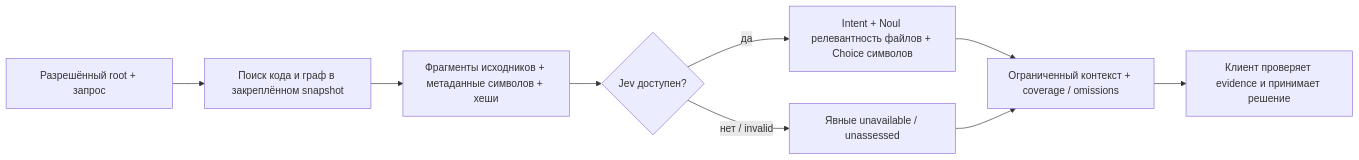
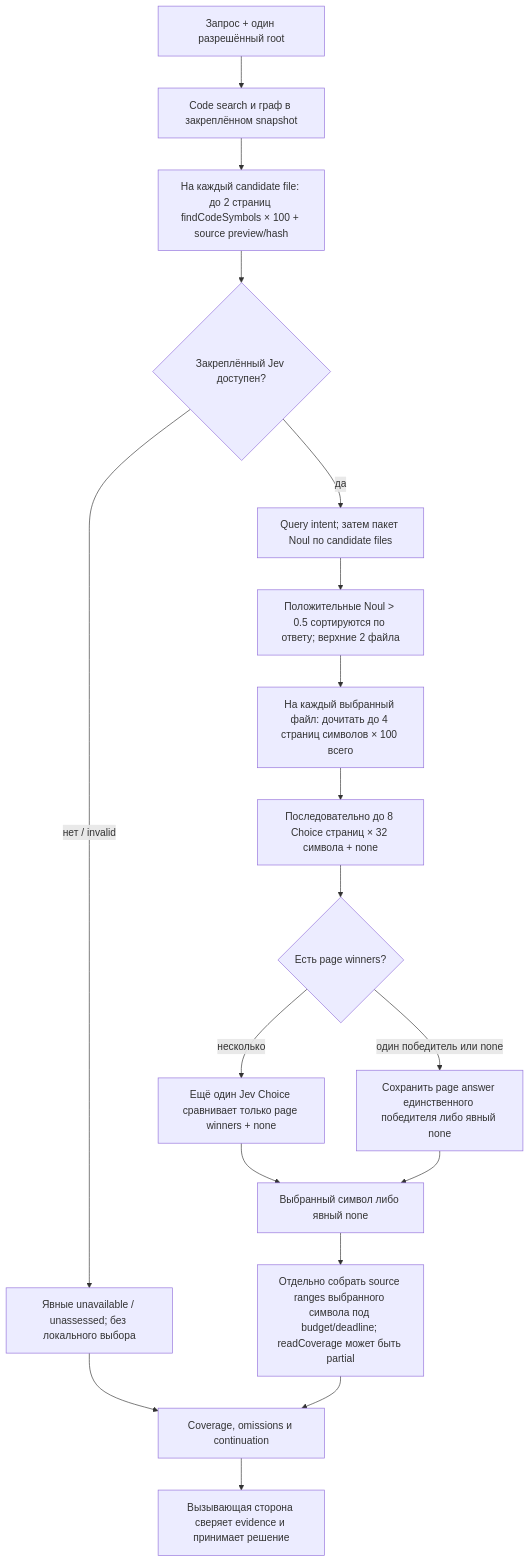
One commit to zoomplus/zorya-search changed the fourth of 4 diagrams in src/context/README.md. Above: the diagram before and after it, drawn with Mermaid. The commit also changed other lines of this file and 2 other files, not shown here.

Commit message:
docs: explain bounded Jev symbol pages and continuations

````diff
--- a/src/context/README.md
+++ b/src/context/README.md
@@ -68,11 +68,20 @@
 ```mermaid
-flowchart LR
- ra["Разрешённый root + запрос"] --> rb["Поиск кода и граф в закреплённом snapshot"]
- rb --> rc["Фрагменты исходников + метаданные символов + хеши"]
- rc --> rd{"Jev доступен?"}
- rd -->|"да"| re["Intent + Noul релевантность файлов + Choice символов"]
- rd -->|"нет / invalid"| rf["Явные unavailable / unassessed"]
- re --> rg["Ограниченный контекст + coverage / omissions"]
- rf --> rg
- rg --> rh["Клиент проверяет evidence и принимает решение"]
+flowchart TD
+ ra["Запрос + один разрешённый root"] --> rb["Code search и граф в закреплённом snapshot"]
+ rb --> rc["На каждый candidate file: до 2 страниц findCodeSymbols × 100 + source preview/hash"]
+ rc --> rd{"Закреплённый Jev доступен?"}
+ rd -->|"нет / invalid"| ru["Явные unavailable / unassessed; без локального выбора"]
+ rd -->|"да"| re["Query intent; затем пакет Noul по candidate files"]
+ re --> rf["Положительные Noul > 0.5 сортируются по ответу; верхние 2 файла"]
+ rf --> rg["На каждый выбранный файл: дочитать до 4 страниц символов × 100 всего"]
+ rg --> rh["Последовательно до 8 Choice страниц × 32 символа + none"]
+ rh --> ri{"Есть page winners?"}
+ ri -->|"несколько"| rj["Ещё один Jev Choice сравнивает только page winners + none"]
+ ri -->|"один победитель или none"| rk["Сохранить page answer единственного победителя либо явный none"]
+ rj --> rl["Выбранный символ либо явный none"]
+ rk --> rl
+ rl --> rm["Отдельно собрать source ranges выбранного символа под budget/deadline; readCoverage может быть partial"]
+ ru --> rn["Coverage, omissions и continuation"]
+ rm --> rn
+ rn --> ro["Вызывающая сторона сверяет evidence и принимает решение"]
 ```
````
